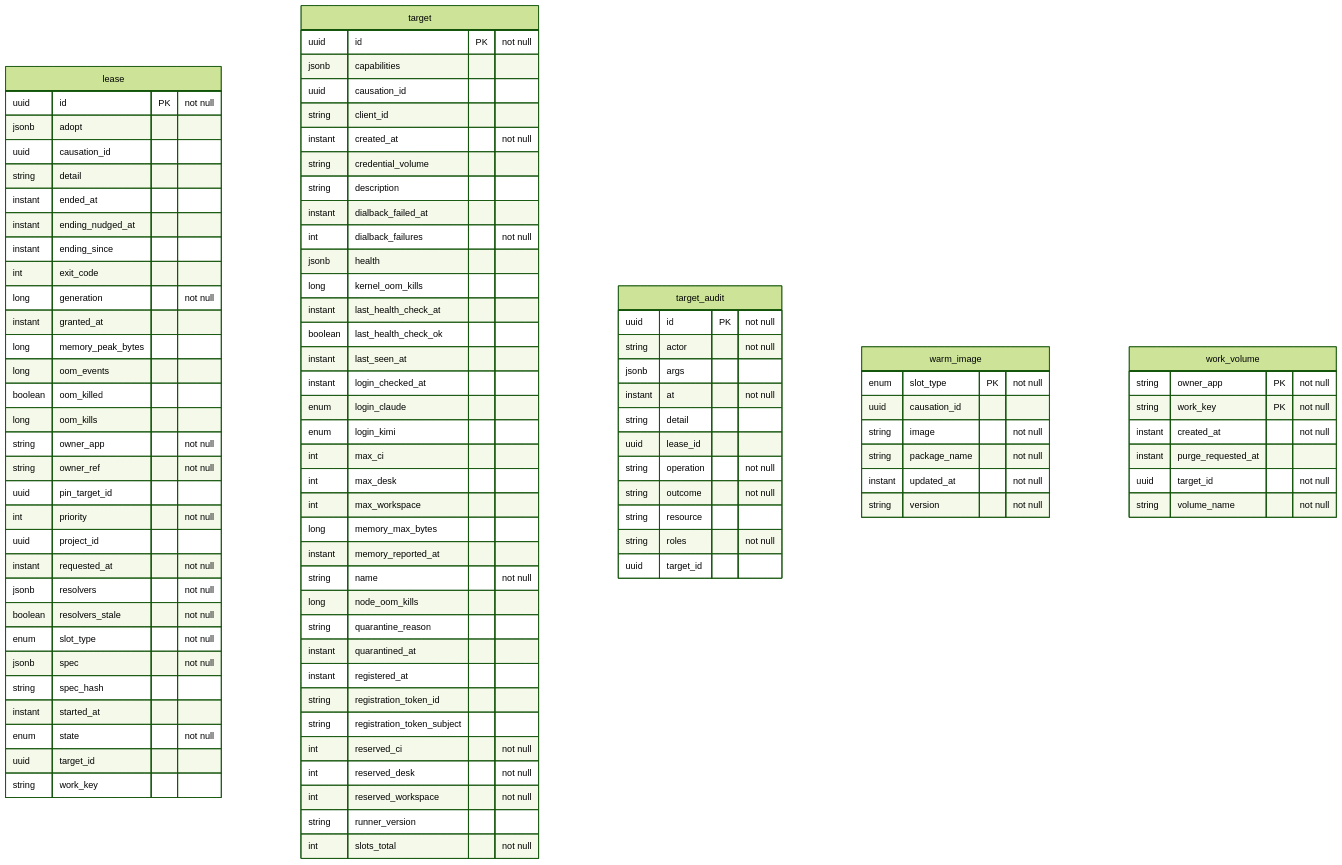
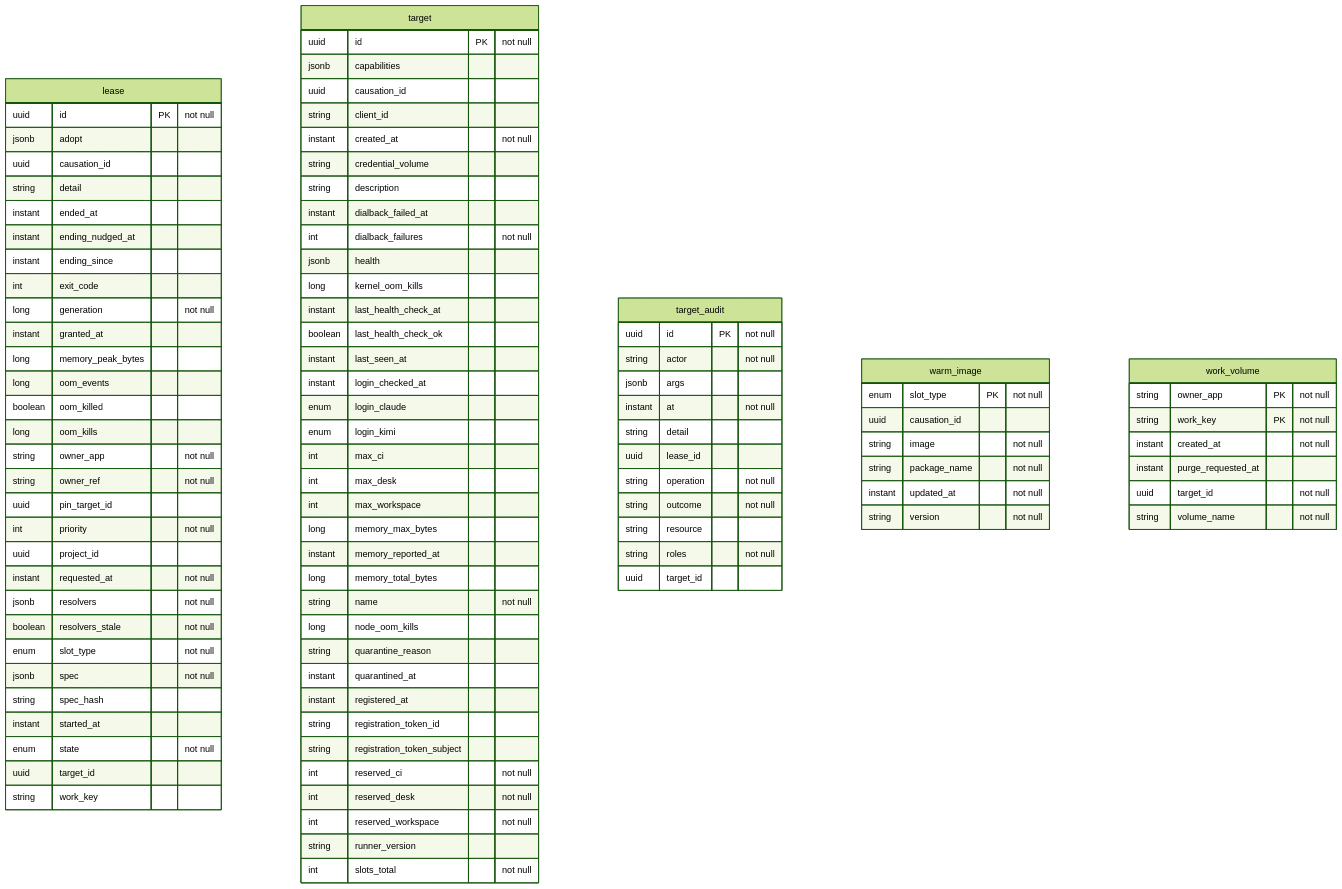
Before and after one commit to QuicklyIterateTheSoftware/qits-system-service: the diagram in docs/database/system.md, drawn with Mermaid (forest theme). The commit also changed 23 other files, not shown here.

Commit message:
feat(qits-2362): size a target by the smaller of memory.max and MemTotal, now that the runner reports it

```diff
--- a/docs/database/system.md
+++ b/docs/database/system.md
@@ -61,6 +61,7 @@
     int max_workspace
     long memory_max_bytes
     instant memory_reported_at
+    long memory_total_bytes
     string name "not null"
     long node_oom_kills
     string quarantine_reason
```
